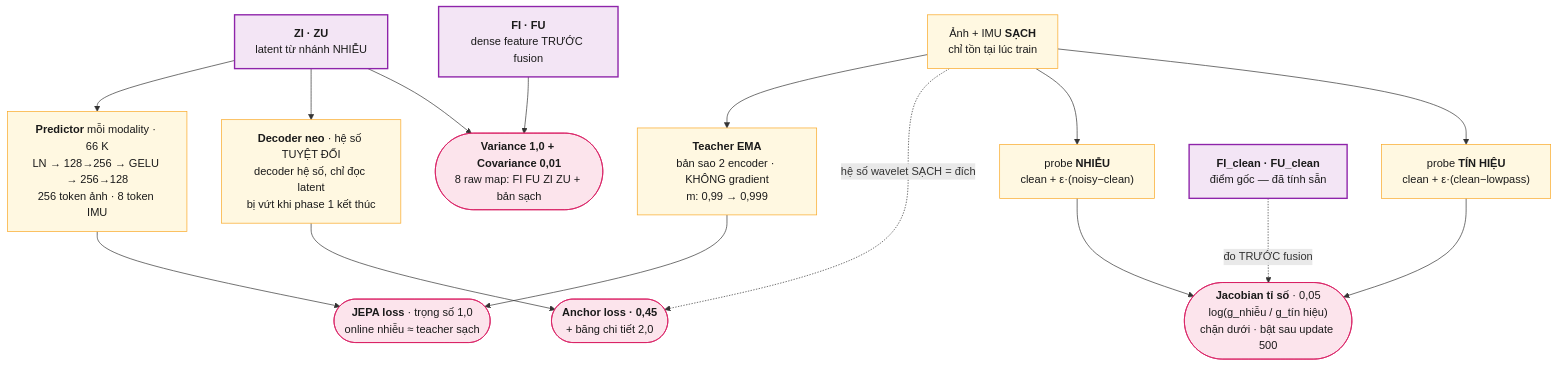
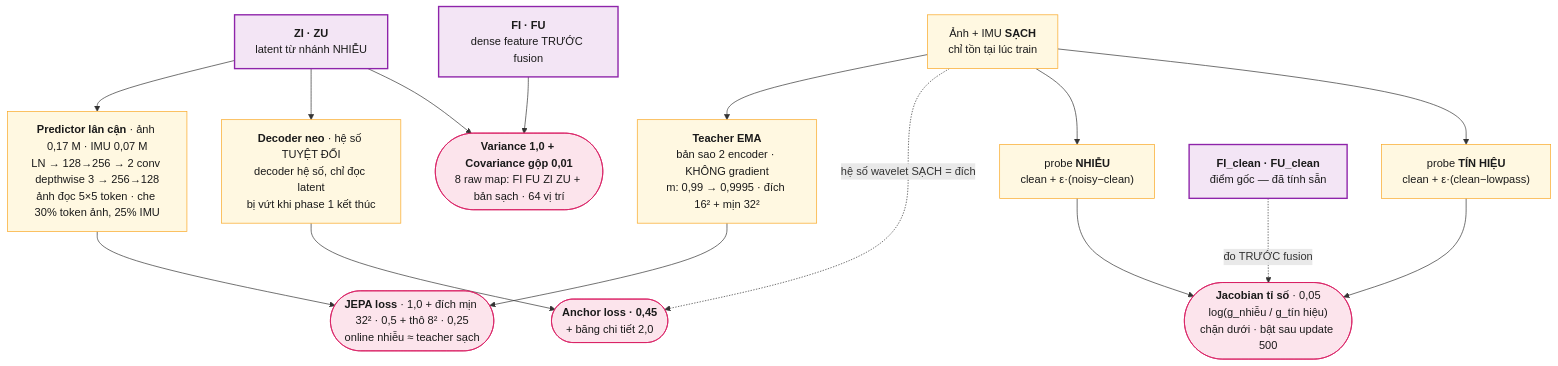
The third of 5 diagrams in README.md (leesanghyoek/qwt_jepa_ver5), drawn with Mermaid before and after one commit. The commit also changed other lines of this file and 4 other files, not shown here.

First line of the commit message:
Bring the architecture docs and the notebook figure up to the p14 recipe

````diff
--- a/README.md
+++ b/README.md
@@ -377,32 +379,32 @@
 ```mermaid
 flowchart TB
     Z["<b>ZI · ZU</b><br/>latent từ nhánh NHIỄU"]
     F["<b>FI · FU</b><br/>dense feature TRƯỚC fusion"]
     CLEAN["Ảnh + IMU <b>SẠCH</b><br/>chỉ tồn tại lúc train"]
-    TE["<b>Teacher EMA</b><br/>bản sao 2 encoder · KHÔNG gradient<br/>m: 0,99 → 0,999"]
-    PR["<b>Predictor</b> mỗi modality · 66 K<br/>LN → 128→256 → GELU → 256→128<br/>256 token ảnh · 8 token IMU"]
+    TE["<b>Teacher EMA</b><br/>bản sao 2 encoder · KHÔNG gradient<br/>m: 0,99 → 0,9995 · đích 16² + mịn 32²"]
+    PR["<b>Predictor lân cận</b> · ảnh 0,17 M · IMU 0,07 M<br/>LN → 128→256 → 2 conv depthwise 3 → 256→128<br/>ảnh đọc 5×5 token · che 30% token ảnh, 25% IMU"]
     AN["<b>Decoder neo</b> · hệ số TUYỆT ĐỐI<br/>decoder hệ số, chỉ đọc latent<br/>bị vứt khi phase 1 kết thúc"]
-    JE(["<b>JEPA loss</b> · trọng số 1,0<br/>online nhiễu ≈ teacher sạch"])
-    VC(["<b>Variance 1,0 + Covariance 0,01</b><br/>8 raw map: FI FU ZI ZU + bản sạch"])
+    JE(["<b>JEPA loss</b> · 1,0 + đích mịn 32² · 0,5 + thô 8² · 0,25<br/>online nhiễu ≈ teacher sạch"])
+    VC(["<b>Variance 1,0 + Covariance gộp 0,01</b><br/>8 raw map: FI FU ZI ZU + bản sạch · 64 vị trí"])
     PN["probe <b>NHIỄU</b><br/>clean + ε·(noisy−clean)"]
     PS["probe <b>TÍN HIỆU</b><br/>clean + ε·(clean−lowpass)"]
     FC["<b>FI_clean · FU_clean</b><br/>điểm gốc — đã tính sẵn"]
     JA(["<b>Jacobian tỉ số</b> · 0,05<br/>log(g_nhiễu / g_tín hiệu)<br/>chặn dưới · bật sau update 500"])
     ANL(["<b>Anchor loss · 0,45</b><br/>+ băng chi tiết 2,0"])
     CLEAN --> TE --> JE
     Z --> PR --> JE
     Z --> AN --> ANL
     CLEAN -. "hệ số wavelet SẠCH = đích" .-> ANL
     Z --> VC
     F --> VC
     CLEAN --> PN & PS
     PN --> JA
     PS --> JA
     FC -. "đo TRƯỚC fusion" .-> JA
     classDef lat fill:#f3e5f5,stroke:#8e24aa,stroke-width:2px,color:#1a1a1a
     classDef p1 fill:#fff8e1,stroke:#f9a825,color:#1a1a1a
     classDef loss fill:#fce4ec,stroke:#d81b60,color:#1a1a1a
     class Z,F,FC lat
     class CLEAN,TE,PR,AN,PN,PS p1
     class JE,VC,JA,ANL loss
 ```
````
